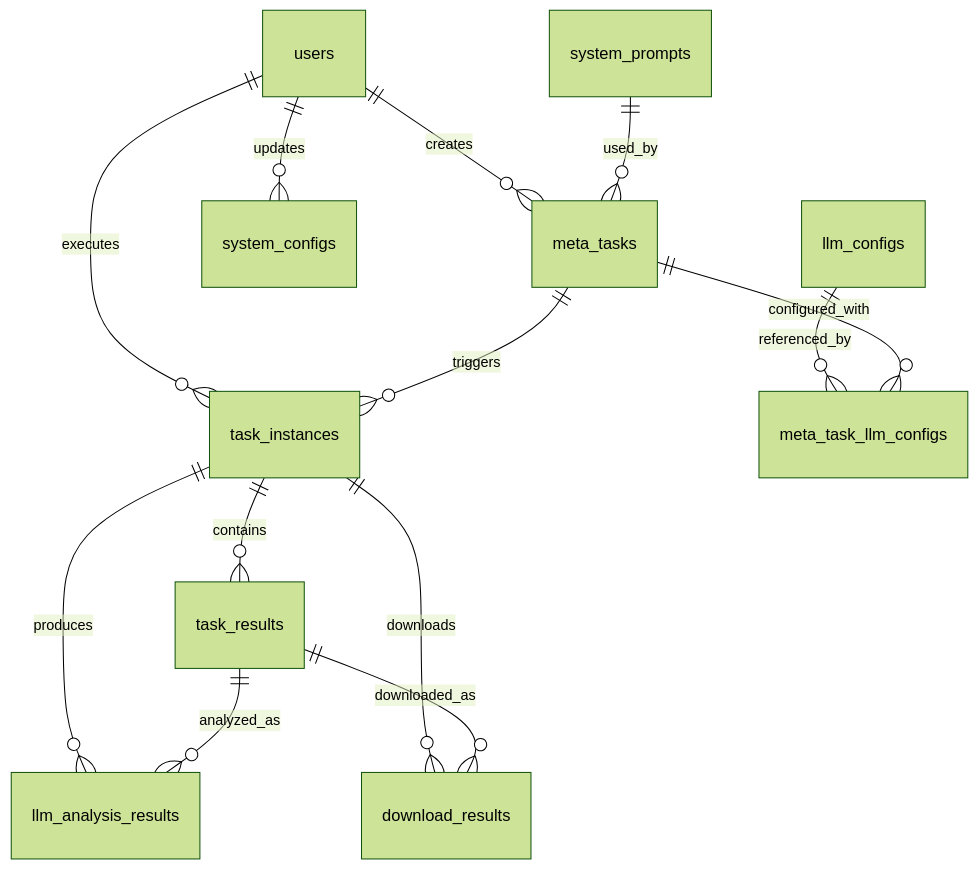
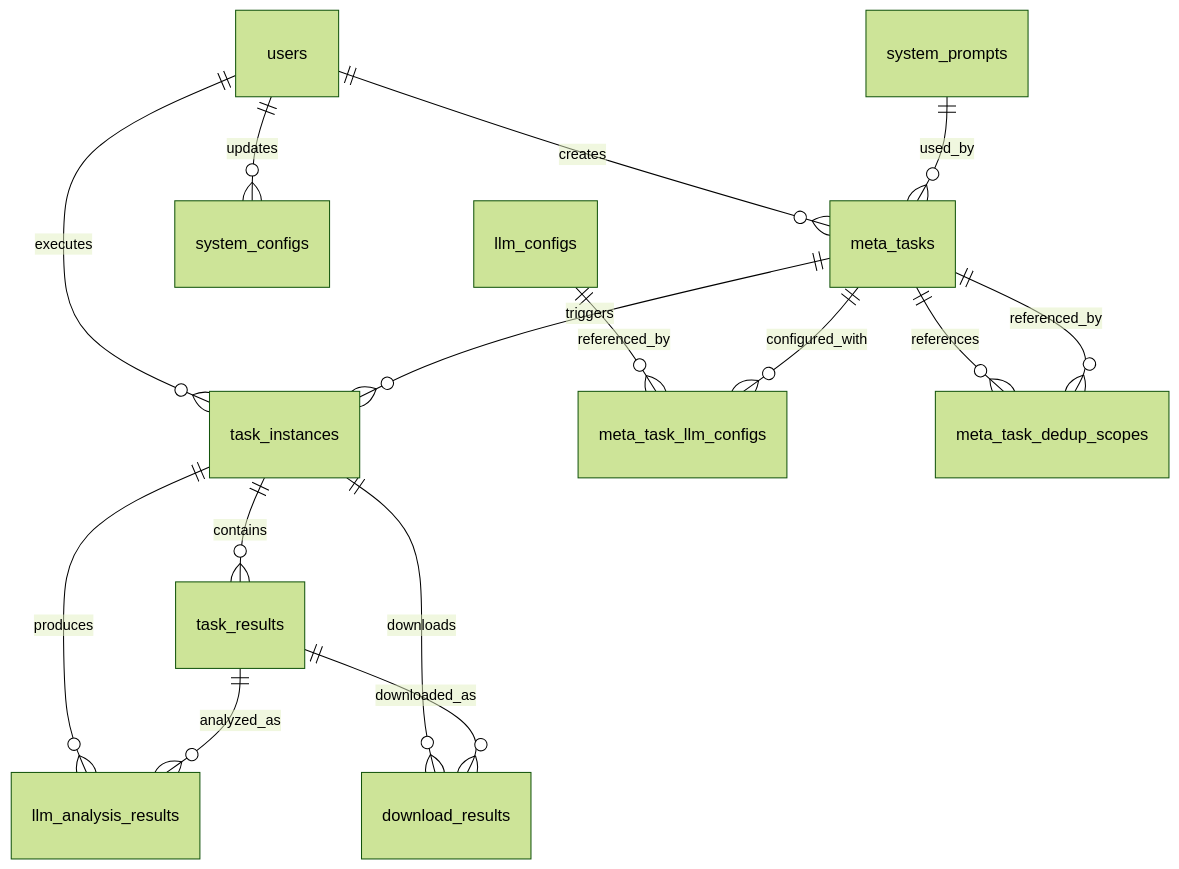
One commit to xulei-shl/sdi-cnki changed the second of 2 diagrams in docs/结构化需求文档.md. Above: the diagram before and after it, drawn with Mermaid (forest theme). The commit also changed other lines of this file and 12 other files, not shown here.

````diff
--- a/docs/结构化需求文档.md
+++ b/docs/结构化需求文档.md
@@ -809,19 +811,22 @@
 ```mermaid
 erDiagram
     users ||--o{ meta_tasks : "creates"
     users ||--o{ task_instances : "executes"
     users ||--o{ system_configs : "updates"
     
     llm_configs ||--o{ meta_task_llm_configs : "referenced_by"
     meta_tasks ||--o{ meta_task_llm_configs : "configured_with"
     system_prompts ||--o{ meta_tasks : "used_by"
     
+    meta_tasks ||--o{ meta_task_dedup_scopes : "references"
+    meta_tasks ||--o{ meta_task_dedup_scopes : "referenced_by"
+    
     meta_tasks ||--o{ task_instances : "triggers"
     
     task_instances ||--o{ task_results : "contains"
     task_instances ||--o{ llm_analysis_results : "produces"
     task_instances ||--o{ download_results : "downloads"
     
     task_results ||--o{ llm_analysis_results : "analyzed_as"
     task_results ||--o{ download_results : "downloaded_as"
 ```
````
